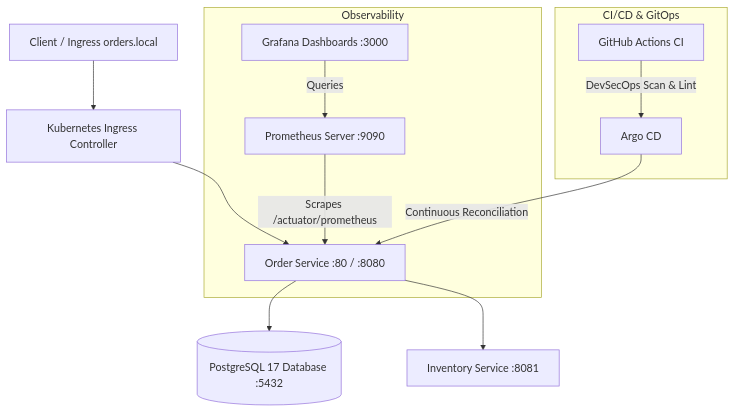
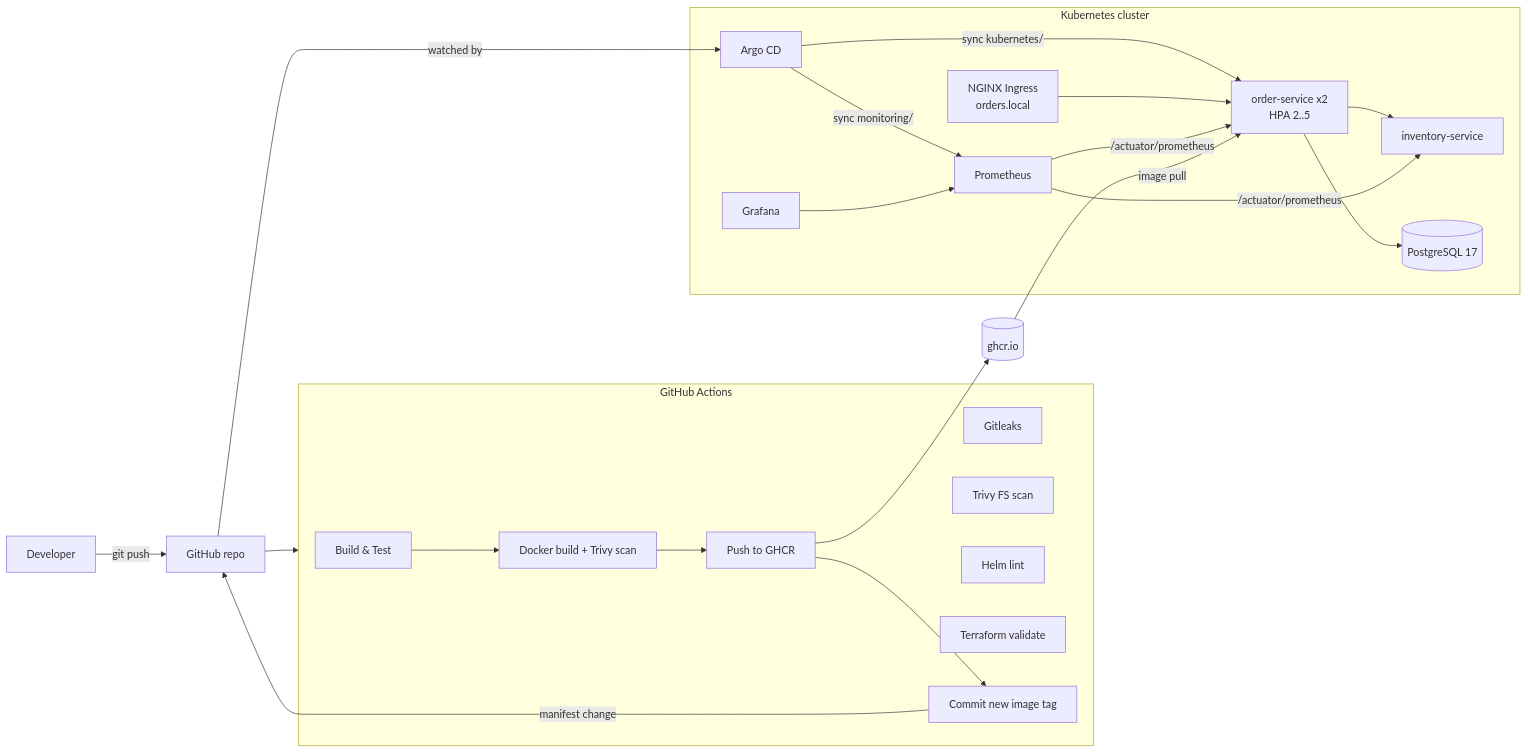
Before and after one commit to parthdagia05/devOps-final: the first of 2 diagrams in README.md, drawn with Mermaid. The commit also changed other lines of this file, not shown here.

Commit message:
docs: rewrite README with setup, CI/CD, GitOps, Terraform and observability guides

````diff
--- a/README.md
+++ b/README.md
@@ -9,17 +27,32 @@
 ```mermaid
-graph TD
-    Client[Client / Ingress orders.local] --> Ingress[Kubernetes Ingress Controller]
-    Ingress --> OrderService[Order Service :80 / :8080]
-    OrderService --> Postgres[(PostgreSQL 17 Database :5432)]
-    OrderService --> InventoryService[Inventory Service :8081]
-    
-    subgraph Observability
-        Prometheus[Prometheus Server :9090] -->|Scrapes /actuator/prometheus| OrderService
-        Grafana[Grafana Dashboards :3000] -->|Queries| Prometheus
+graph LR
+    Dev[Developer] -->|git push| GH[GitHub repo]
+
+    subgraph CI[GitHub Actions]
+        B[Build & Test] --> IMG[Docker build + Trivy scan]
+        S1[Gitleaks] 
+        S2[Trivy FS scan]
+        H[Helm lint]
+        TF[Terraform validate]
+        IMG --> PUSH[Push to GHCR]
+        PUSH --> BUMP[Commit new image tag]
     end
 
-    subgraph CI/CD & GitOps
-        GitHub[GitHub Actions CI] -->|DevSecOps Scan & Lint| GitOps[Argo CD]
-        GitOps -->|Continuous Reconciliation| OrderService
+    GH --> CI
+    BUMP -->|manifest change| GH
+    PUSH --> GHCR[(ghcr.io)]
+
+    subgraph K8s[Kubernetes cluster]
+        ARGO[Argo CD] -->|sync kubernetes/| ORD
+        ARGO -->|sync monitoring/| PROM
+        ING[NGINX Ingress<br/>orders.local] --> ORD[order-service x2<br/>HPA 2..5]
+        ORD --> INV[inventory-service]
+        ORD --> PG[(PostgreSQL 17)]
+        PROM[Prometheus] -->|/actuator/prometheus| ORD
+        PROM -->|/actuator/prometheus| INV
+        GRAF[Grafana] --> PROM
     end
+
+    GH -->|watched by| ARGO
+    GHCR -->|image pull| ORD
 ```
````
